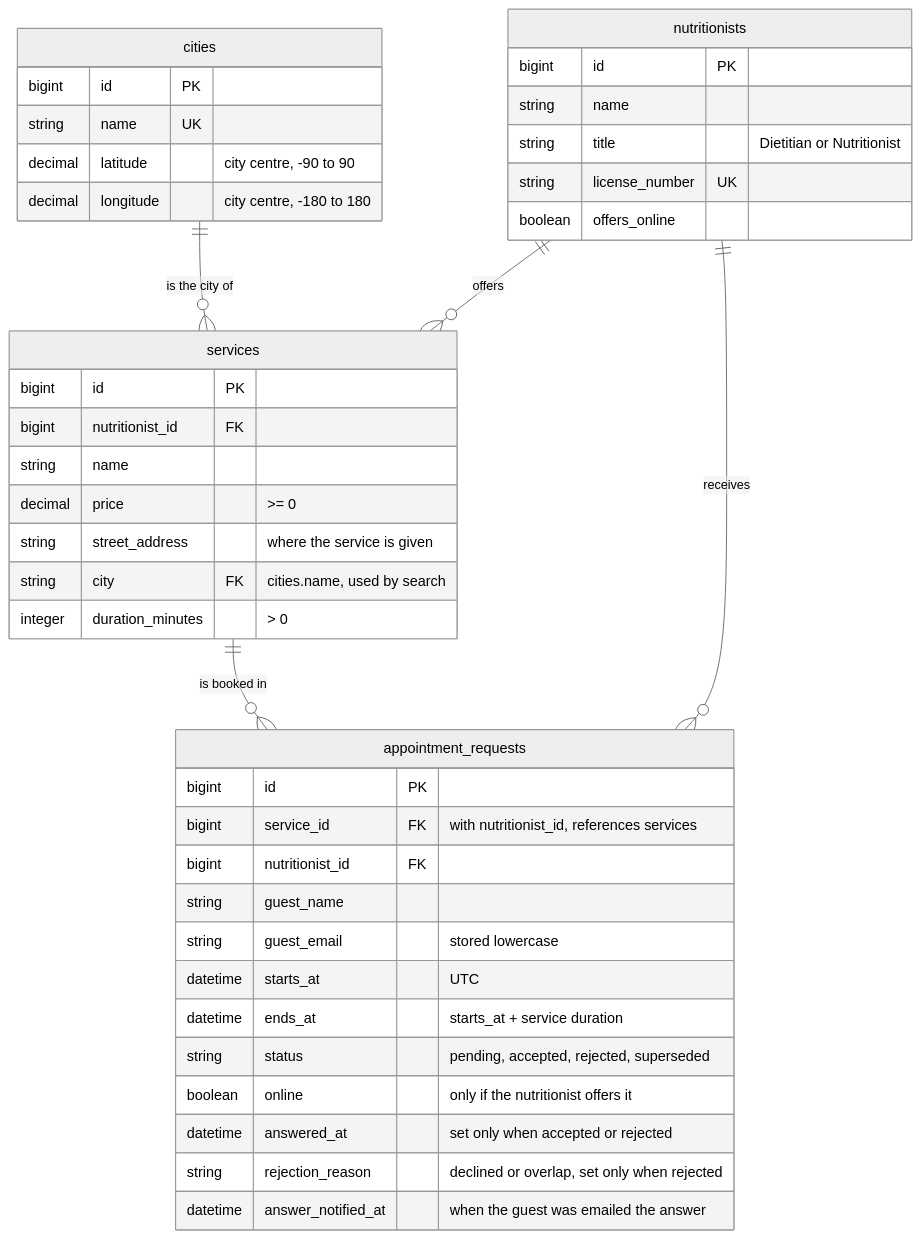
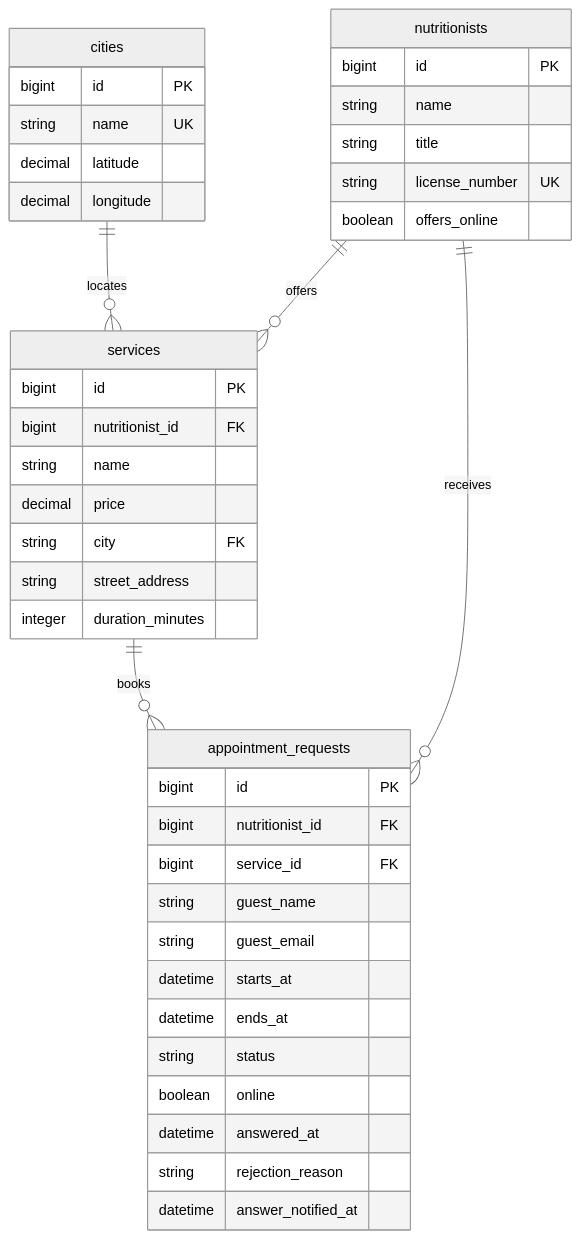
One commit to rgllm/NutriBook changed the diagram in README.md. Above: the diagram before and after it, drawn with Mermaid (neutral theme). The commit also changed other lines of this file and 5 other files, not shown here.

````diff
--- a/README.md
+++ b/README.md
@@ -103,47 +149,44 @@
 ```mermaid
 erDiagram
-    cities ||--o{ services : "is the city of"
+    cities ||--o{ services : locates
     nutritionists ||--o{ services : offers
     nutritionists ||--o{ appointment_requests : receives
-    services ||--o{ appointment_requests : "is booked in"
-
-    nutritionists {
-        bigint id PK
-        string name
-        string title "Dietitian or Nutritionist"
-        string license_number UK
-        boolean offers_online
-    }
+    services ||--o{ appointment_requests : books
 
     cities {
         bigint id PK
         string name UK
-        decimal latitude "city centre, -90 to 90"
-        decimal longitude "city centre, -180 to 180"
+        decimal latitude
+        decimal longitude
     }
-
+    nutritionists {
+        bigint id PK
+        string name
+        string title
+        string license_number UK
+        boolean offers_online
+    }
     services {
         bigint id PK
         bigint nutritionist_id FK
         string name
-        decimal price ">= 0"
-        string street_address "where the service is given"
-        string city FK "cities.name, used by search"
-        integer duration_minutes "> 0"
+        decimal price
+        string city FK
+        string street_address
+        integer duration_minutes
     }
-
     appointment_requests {
         bigint id PK
-        bigint service_id FK "with nutritionist_id, references services"
         bigint nutritionist_id FK
+        bigint service_id FK
         string guest_name
-        string guest_email "stored lowercase"
-        datetime starts_at "UTC"
-        datetime ends_at "starts_at + service duration"
-        string status "pending, accepted, rejected, superseded"
-        boolean online "only if the nutritionist offers it"
-        datetime answered_at "set only when accepted or rejected"
-        string rejection_reason "declined or overlap, set only when rejected"
-        datetime answer_notified_at "when the guest was emailed the answer"
+        string guest_email
+        datetime starts_at
+        datetime ends_at
+        string status
+        boolean online
+        datetime answered_at
+        string rejection_reason
+        datetime answer_notified_at
     }
 ```
````
